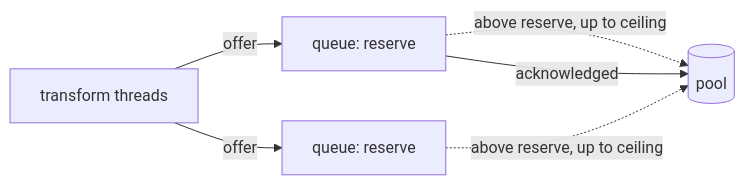
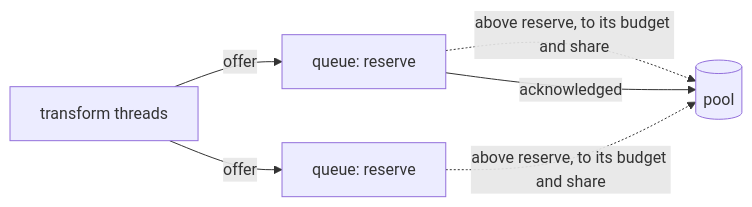
Before and after one commit to smeltr-sh/smeltr: the third of 3 diagrams in docs/architecture/runtime-stages.md, drawn with Mermaid. The commit also changed other lines of this file and 46 other files, not shown here.

````diff
--- a/docs/architecture/runtime-stages.md
+++ b/docs/architecture/runtime-stages.md
@@ -181,8 +220,8 @@
 ```mermaid
 flowchart LR
   T[transform threads] -->|offer| Q1[queue: reserve]
   T -->|offer| Q2[queue: reserve]
-  Q1 -. above reserve, up to ceiling .-> P[(pool)]
-  Q2 -. above reserve, up to ceiling .-> P
+  Q1 -. above reserve, to its budget and share .-> P[(pool)]
+  Q2 -. above reserve, to its budget and share .-> P
   Q1 -->|acknowledged| P
 ```
````
